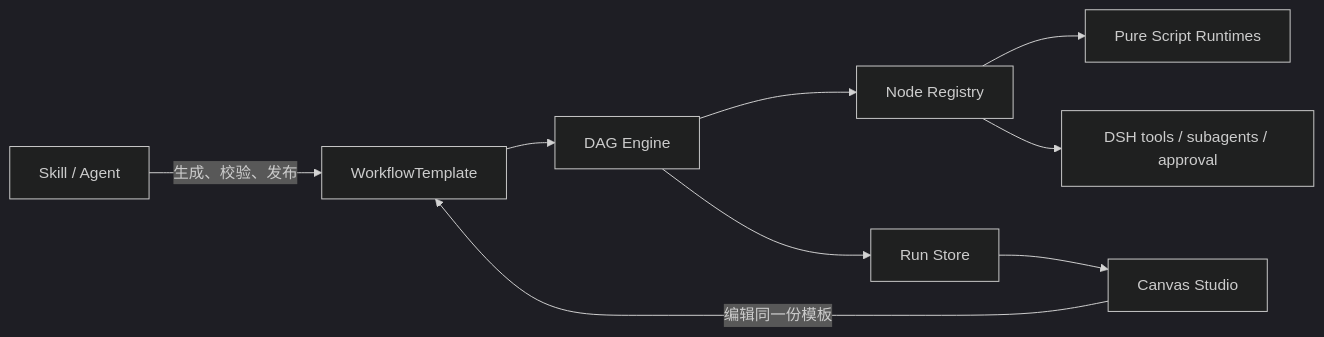
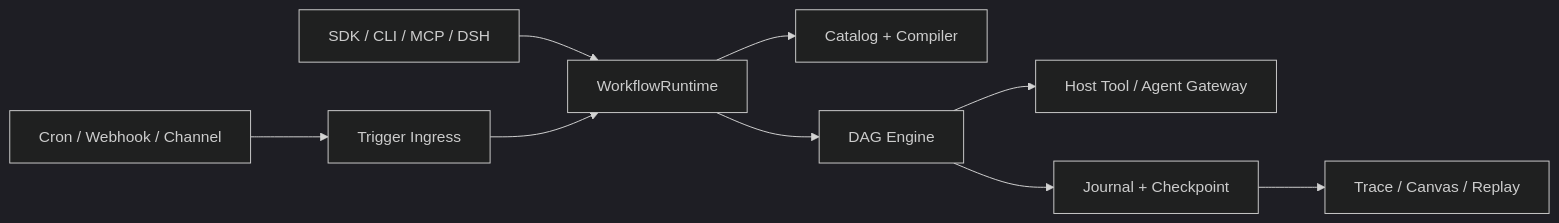
Before and after one commit to GM-HZ/agent-dag-workflow: the diagram in README.md, drawn with Mermaid (dark theme). The commit also changed other lines of this file and 78 other files, not shown here.

Commit message:
feat: complete host-neutral workflow runtime

````diff
--- a/README.md
+++ b/README.md
@@ -9,11 +9,10 @@
 ```mermaid
 flowchart LR
-  A["Skill / Agent"] -->|生成、校验、发布| T["WorkflowTemplate"]
-  C["Canvas Studio"] -->|编辑同一份模板| T
-  T --> E["DAG Engine"]
-  E --> N["Node Registry"]
-  N --> S["Pure Script Runtimes"]
-  E --> R["Run Store"]
-  N --> D["DSH tools / subagents / approval"]
-  R --> C
+  A["SDK / CLI / MCP / DSH"] --> R["WorkflowRuntime"]
+  T["Cron / Webhook / Channel"] --> I["Trigger Ingress"] --> R
+  R --> C["Catalog + Compiler"]
+  R --> E["DAG Engine"]
+  E --> G["Host Tool / Agent Gateway"]
+  E --> J["Journal + Checkpoint"]
+  J --> V["Trace / Canvas / Replay"]
 ```
````
